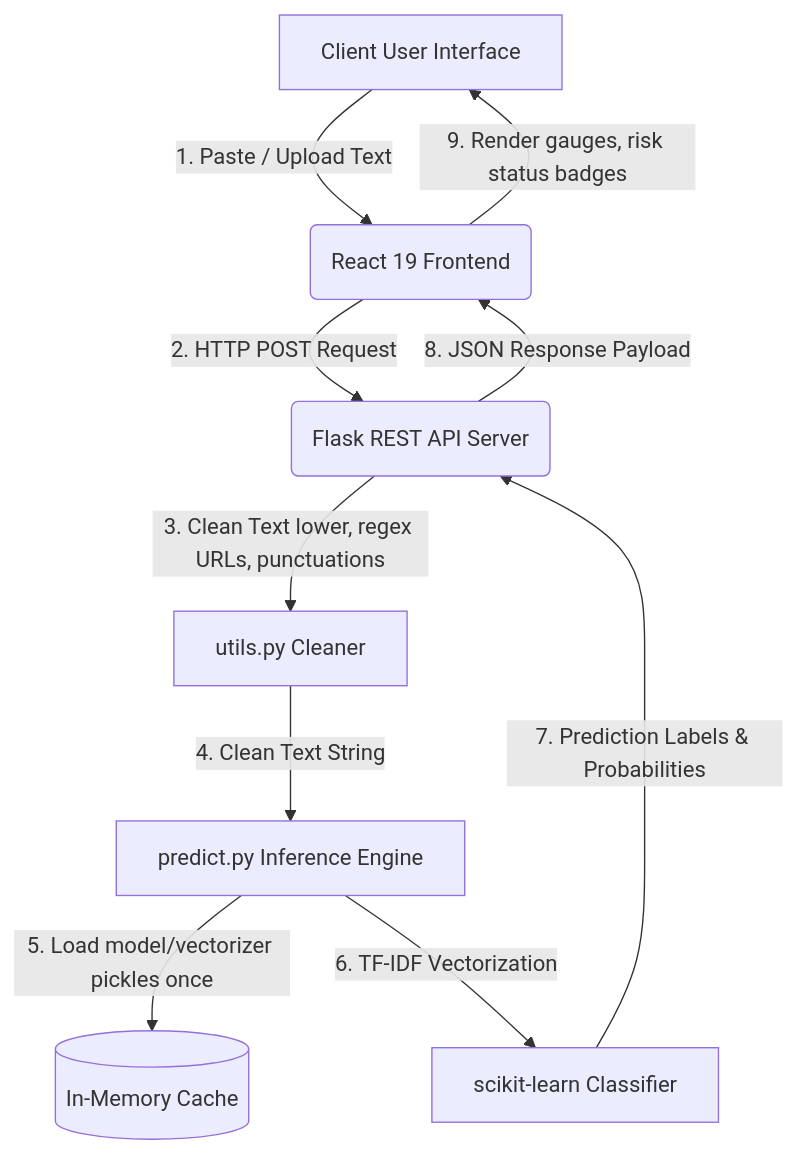
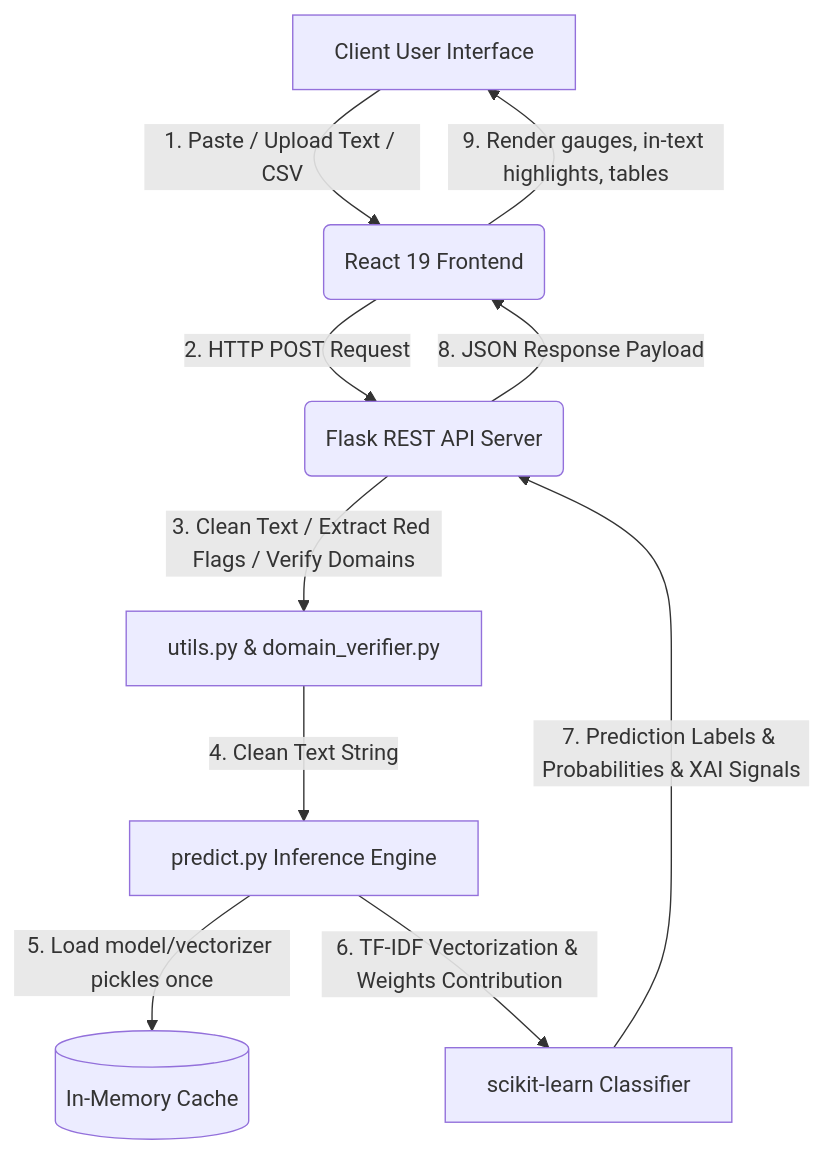
The diagram in README.md (chessman2345788/3skill), drawn with Mermaid before and after one commit. The commit also changed other lines of this file and 13 other files, not shown here.

````diff
--- a/README.md
+++ b/README.md
@@ -21,12 +24,12 @@
 ```mermaid
 graph TD
-    A[Client User Interface] -->|1. Paste / Upload Text| B(React 19 Frontend)
+    A[Client User Interface] -->|1. Paste / Upload Text / CSV| B(React 19 Frontend)
     B -->|2. HTTP POST Request| C(Flask REST API Server)
-    C -->|3. Clean Text lower, regex URLs, punctuations| D[utils.py Cleaner]
+    C -->|3. Clean Text / Extract Red Flags / Verify Domains| D[utils.py & domain_verifier.py]
     D -->|4. Clean Text String| E[predict.py Inference Engine]
     E -->|5. Load model/vectorizer pickles once| F[(In-Memory Cache)]
-    E -->|6. TF-IDF Vectorization| G[scikit-learn Classifier]
-    G -->|7. Prediction Labels & Probabilities| C
+    E -->|6. TF-IDF Vectorization & Weights Contribution| G[scikit-learn Classifier]
+    G -->|7. Prediction Labels & Probabilities & XAI Signals| C
     C -->|8. JSON Response Payload| B
-    B -->|9. Render gauges, risk status badges| A
+    B -->|9. Render gauges, in-text highlights, tables| A
 ```
````
